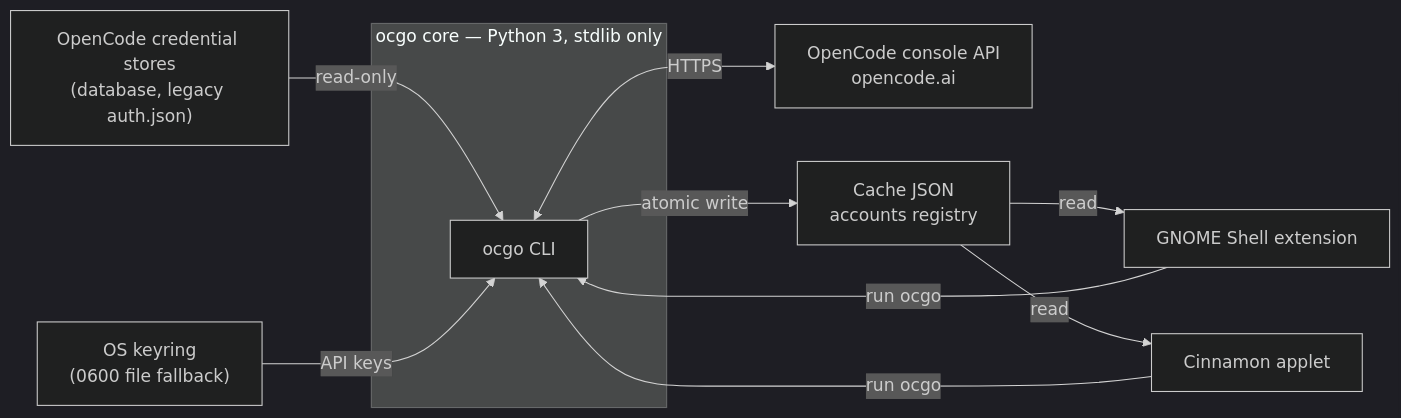
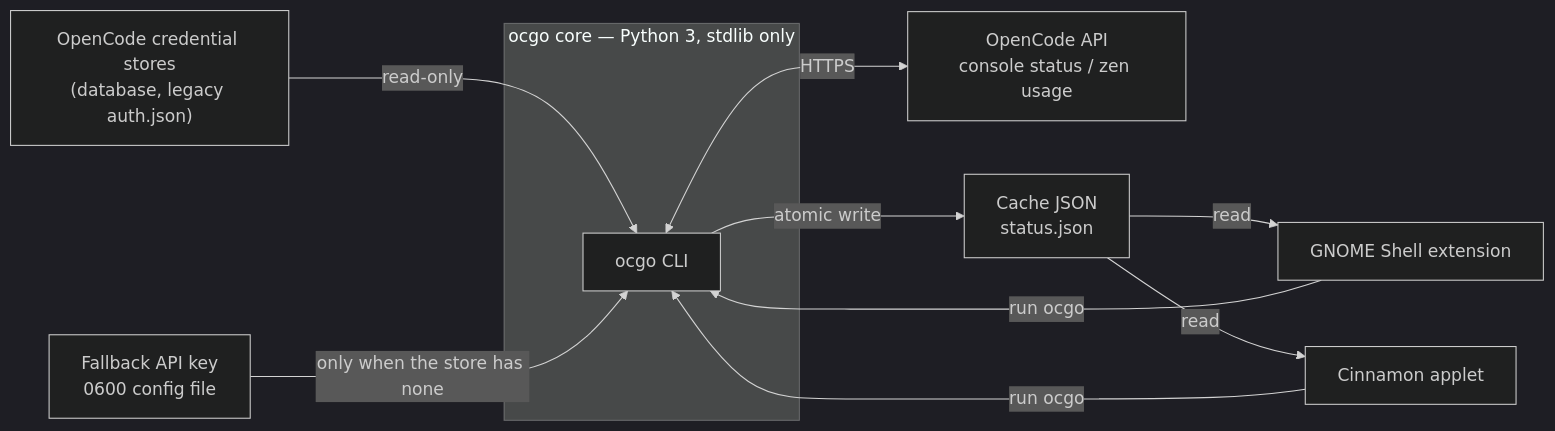
Before and after one commit to martinrdilo/opencode-go-meter: the diagram in docs/01-architecture.md, drawn with Mermaid (dark theme). The commit also changed other lines of this file and 8 other files, not shown here.

````diff
--- a/docs/01-architecture.md
+++ b/docs/01-architecture.md
@@ -21,21 +21,21 @@
 ```mermaid
 flowchart LR
-    api["OpenCode console API<br/>opencode.ai"]
+    api["OpenCode API<br/>console status / zen usage"]
     stores["OpenCode credential stores<br/>(database, legacy auth.json)"]
-    keyring["OS keyring<br/>(0600 file fallback)"]
+    keyfile["Fallback API key<br/>0600 config file"]
     subgraph core["ocgo core — Python 3, stdlib only"]
         cli["ocgo CLI"]
     end
-    cache["Cache JSON<br/>accounts registry"]
+    cache["Cache JSON<br/>status.json"]
     gnome["GNOME Shell extension"]
     cinnamon["Cinnamon applet"]
 
     stores -->|"read-only"| cli
-    keyring -->|"API keys"| cli
+    keyfile -->|"only when the store has none"| cli
     cli <-->|"HTTPS"| api
     cli -->|"atomic write"| cache
     cache -->|"read"| gnome
     cache -->|"read"| cinnamon
     gnome -->|"run ocgo"| cli
     cinnamon -->|"run ocgo"| cli
 ```
````
